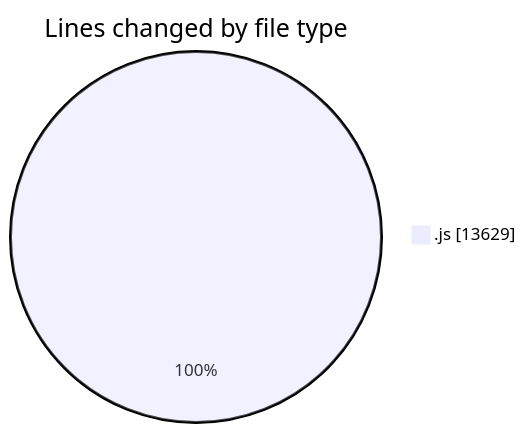
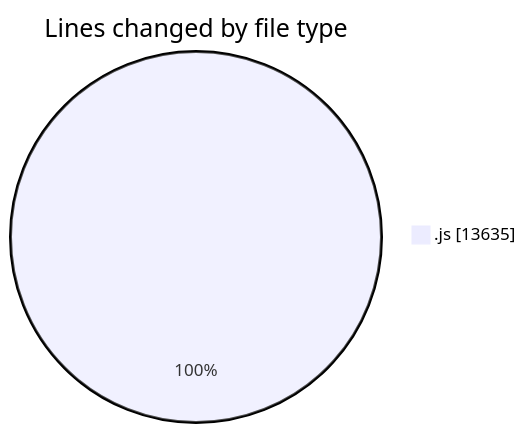
One commit to nxtqubesakshisongat/code-tracking changed the first of 2 diagrams in 2025-12-09/nxtqube_webapp/README.md. Above: the diagram before and after it, drawn with Mermaid. The commit also changed other lines of this file and 1 other file, not shown here.

````diff
--- a/2025-12-09/nxtqube_webapp/README.md
+++ b/2025-12-09/nxtqube_webapp/README.md
@@ -20,5 +20,5 @@
 ```mermaid
 pie showData
 title Lines changed by file type
-".js" : 13629
+".js" : 13635
 ```
````
